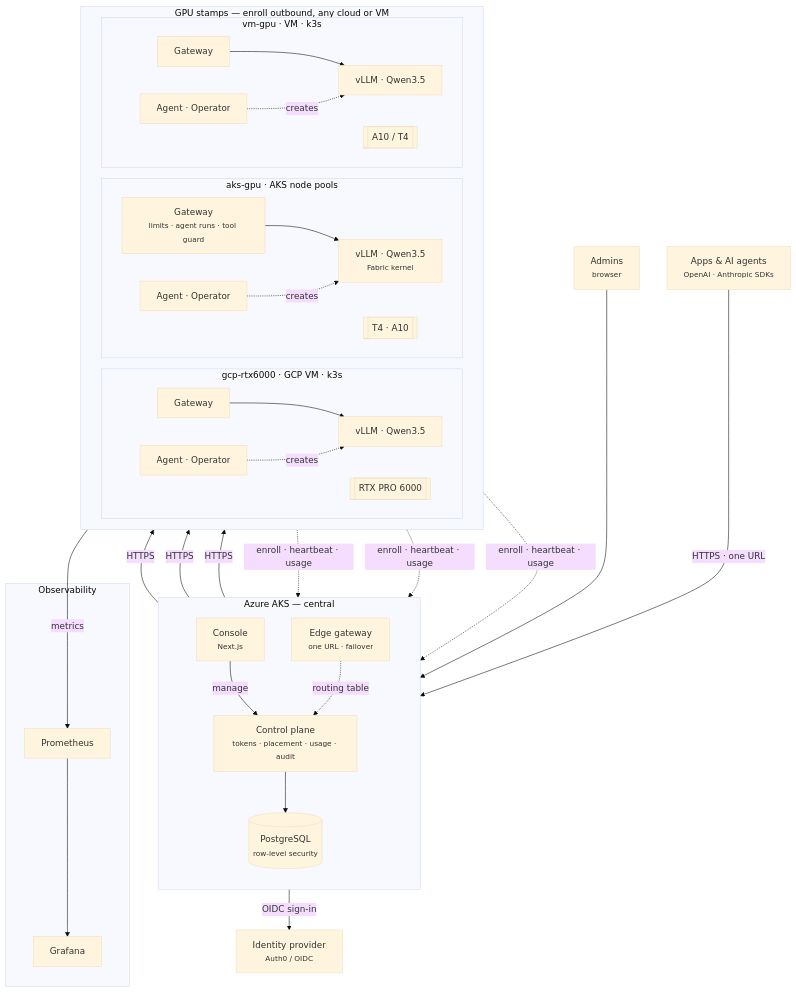
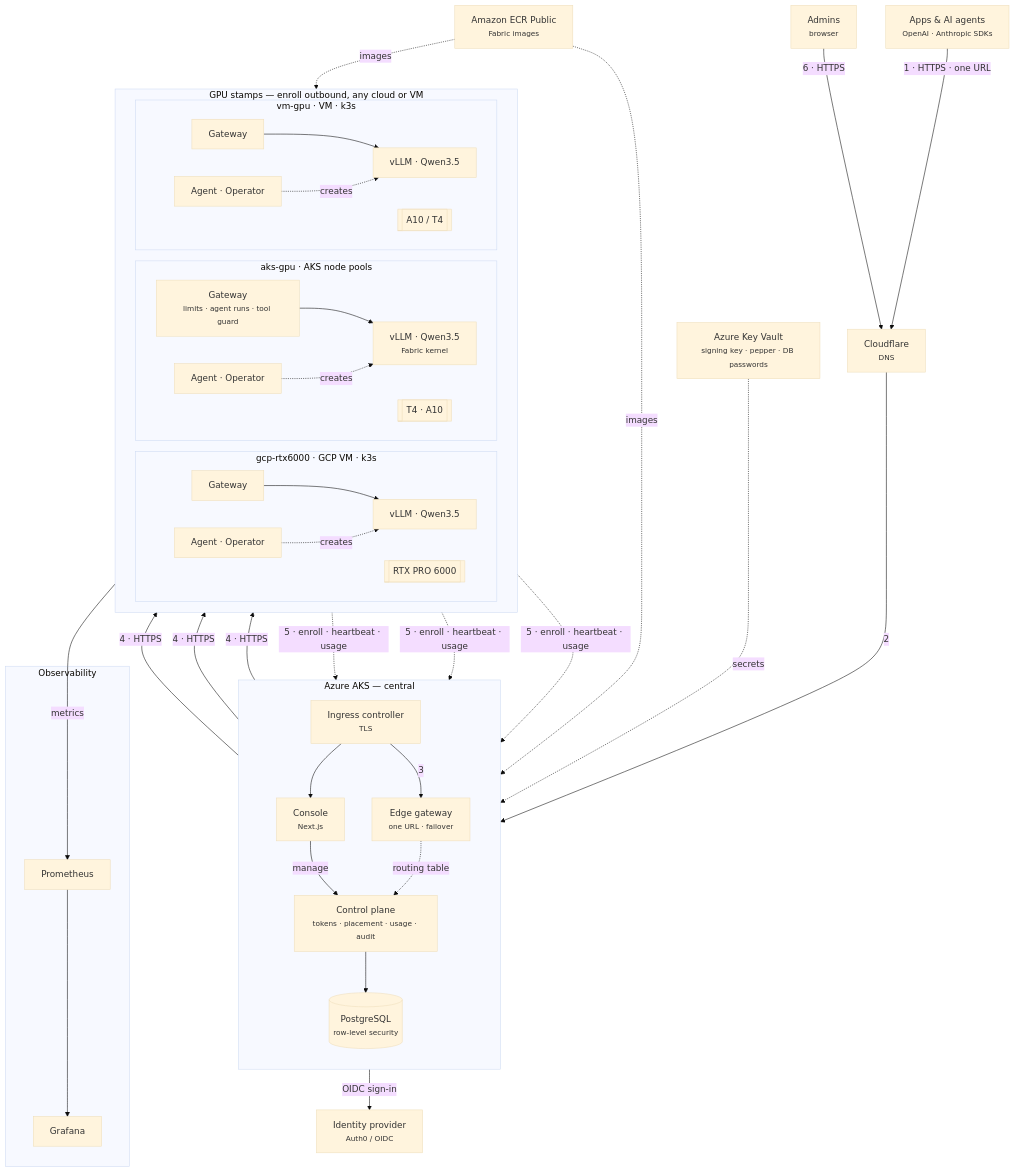
The diagram in docs/architecture/README.md (khushwant04/fabric), drawn with Mermaid (base theme) before and after one commit. The commit also changed other lines of this file and 1 other file, not shown here.

First line of the commit message:
Align architecture docs with the reference diagram

````diff
--- a/docs/architecture/README.md
+++ b/docs/architecture/README.md
@@ -17,47 +33,56 @@
 ```mermaid
 flowchart TB
     apps["Apps & AI agents<br/><small>OpenAI · Anthropic SDKs</small>"]
     admins["Admins<br/><small>browser</small>"]
     idp["Identity provider<br/><small>Auth0 / OIDC</small>"]
+    cf["Cloudflare<br/><small>DNS</small>"]
+    kv["Azure Key Vault<br/><small>signing key · pepper · DB passwords</small>"]
+    ecr["Amazon ECR Public<br/><small>Fabric images</small>"]
 
     subgraph AKS["Azure AKS — central"]
         direction TB
+        ingress["Ingress controller<br/><small>TLS</small>"]
         edge["Edge gateway<br/><small>one URL · failover</small>"]
         console["Console<br/><small>Next.js</small>"]
         cp["Control plane<br/><small>tokens · placement · usage · audit</small>"]
         pg[("PostgreSQL<br/><small>row-level security</small>")]
     end
 
     subgraph STAMPS["GPU stamps — enroll outbound, any cloud or VM"]
         direction LR
         subgraph A["aks-gpu · AKS node pools"]
             gwA["Gateway<br/><small>limits · agent runs · tool guard</small>"] --> vlA["vLLM · Qwen3.5<br/><small>Fabric kernel</small>"]
             agA["Agent · Operator"] -.creates.-> vlA
             gpuA[["T4 · A10"]]
         end
         subgraph B["gcp-rtx6000 · GCP VM · k3s"]
             gwB["Gateway"] --> vlB["vLLM · Qwen3.5"]
             agB["Agent · Operator"] -.creates.-> vlB
             gpuB[["RTX PRO 6000"]]
         end
         subgraph C["vm-gpu · VM · k3s"]
             gwC["Gateway"] --> vlC["vLLM · Qwen3.5"]
             agC["Agent · Operator"] -.creates.-> vlC
             gpuC[["A10 / T4"]]
         end
     end
 
     subgraph OBS["Observability"]
         prom["Prometheus"] --> graf["Grafana"]
     end
 
-    apps -- "HTTPS · one URL" --> edge
-    admins --> console
+    apps -- "1 · HTTPS · one URL" --> cf
+    admins -- "6 · HTTPS" --> cf
+    cf -- "2" --> ingress
+    ingress -- "3" --> edge
+    ingress --> console
     console -- "OIDC sign-in" --> idp
     console -- manage --> cp
     cp --> pg
     edge -. "routing table" .-> cp
-    edge -- HTTPS --> gwA & gwB & gwC
-    agA & agB & agC -. "enroll · heartbeat · usage" .-> cp
+    edge -- "4 · HTTPS" --> gwA & gwB & gwC
+    agA & agB & agC -. "5 · enroll · heartbeat · usage" .-> cp
+    kv -. secrets .-> AKS
+    ecr -. images .-> AKS & STAMPS
     STAMPS -- metrics --> prom
 ```
````
